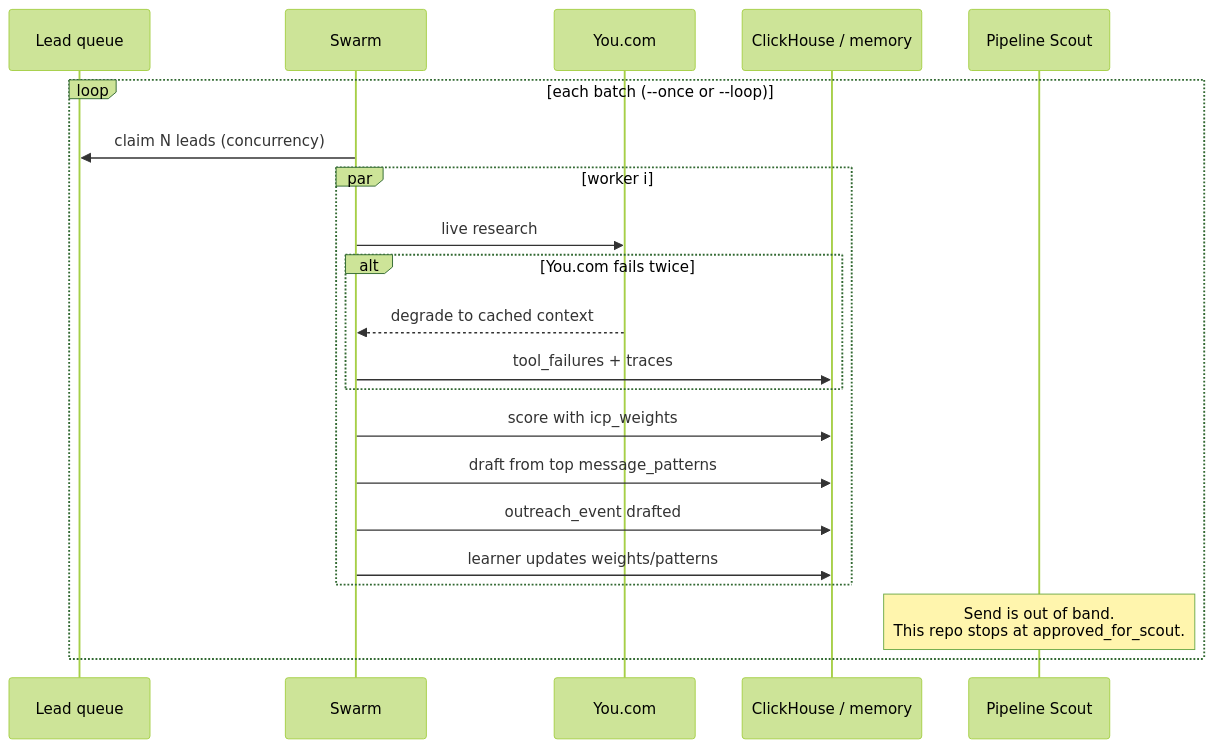
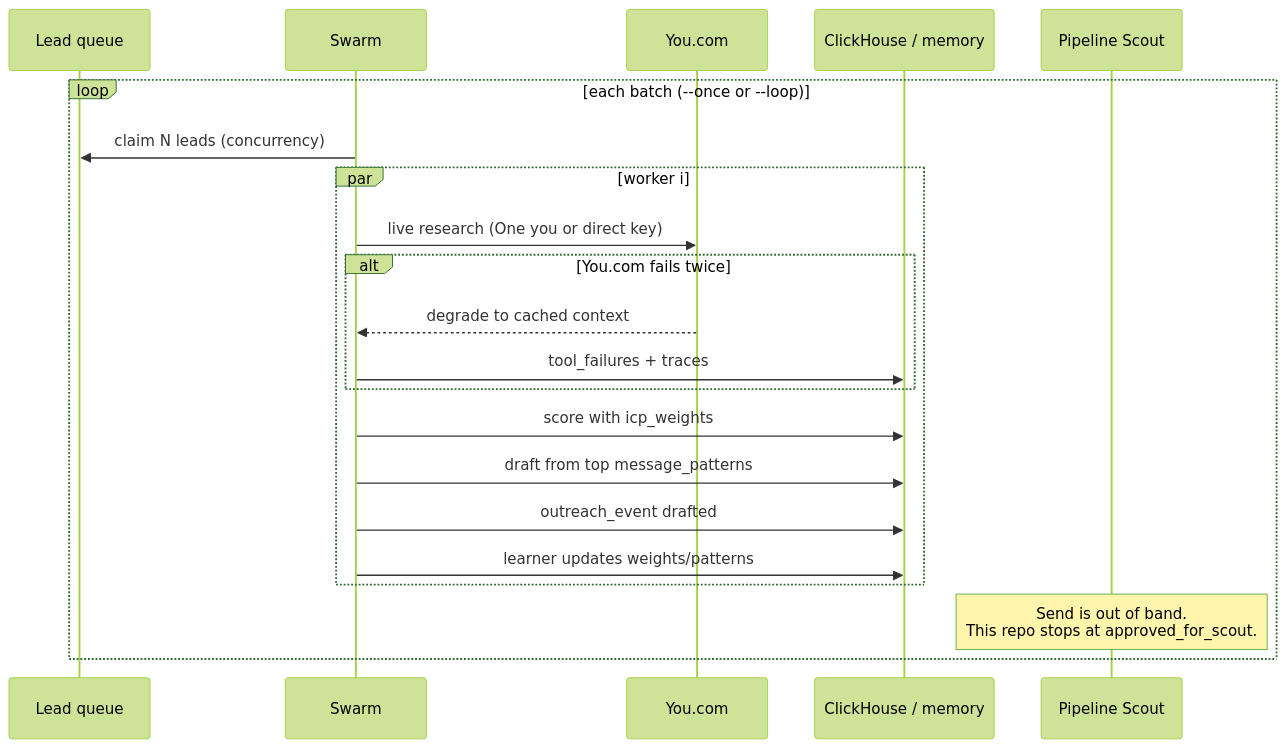
The second of 2 diagrams in README.md (Cubiczan/self-improving-outreach), drawn with Mermaid (forest theme) before and after one commit. The commit also changed other lines of this file and 27 other files, not shown here.

First line of the commit message:
Prefer One CLI for You.com research and Daytona sandboxes (#4)

````diff
--- a/README.md
+++ b/README.md
@@ -61,24 +64,24 @@
 ```mermaid
 sequenceDiagram
   participant Q as Lead queue
   participant Sw as Swarm
   participant You as You.com
   participant Store as ClickHouse / memory
   participant Scout as Pipeline Scout
 
   loop each batch (--once or --loop)
     Sw->>Q: claim N leads (concurrency)
     par worker i
-      Sw->>You: live research
+      Sw->>You: live research (One you or direct key)
       alt You.com fails twice
         You-->>Sw: degrade to cached context
         Sw->>Store: tool_failures + traces
       end
       Sw->>Store: score with icp_weights
       Sw->>Store: draft from top message_patterns
       Sw->>Store: outreach_event drafted
       Sw->>Store: learner updates weights/patterns
     end
     Note over Scout: Send is out of band.<br/>This repo stops at approved_for_scout.
   end
 ```
````
